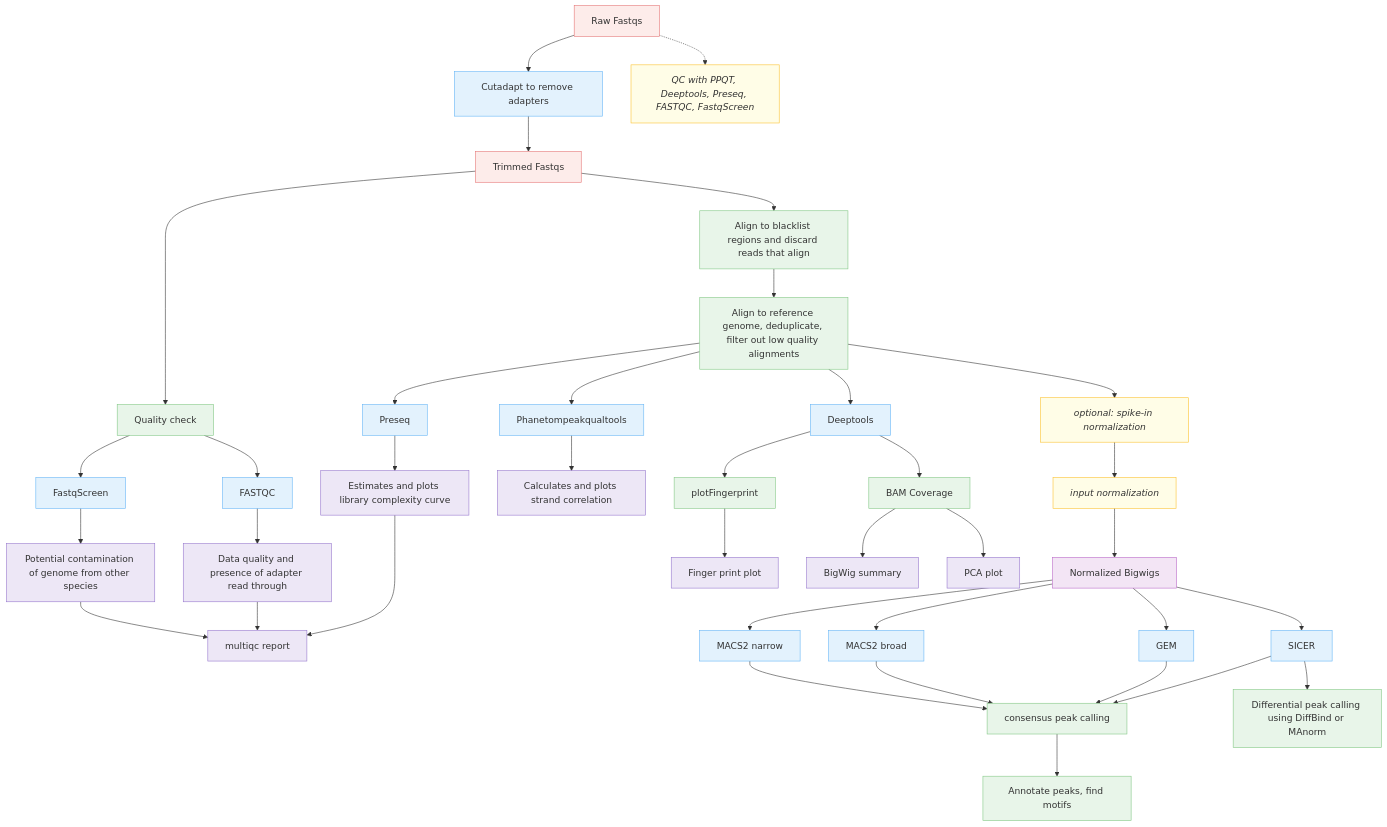
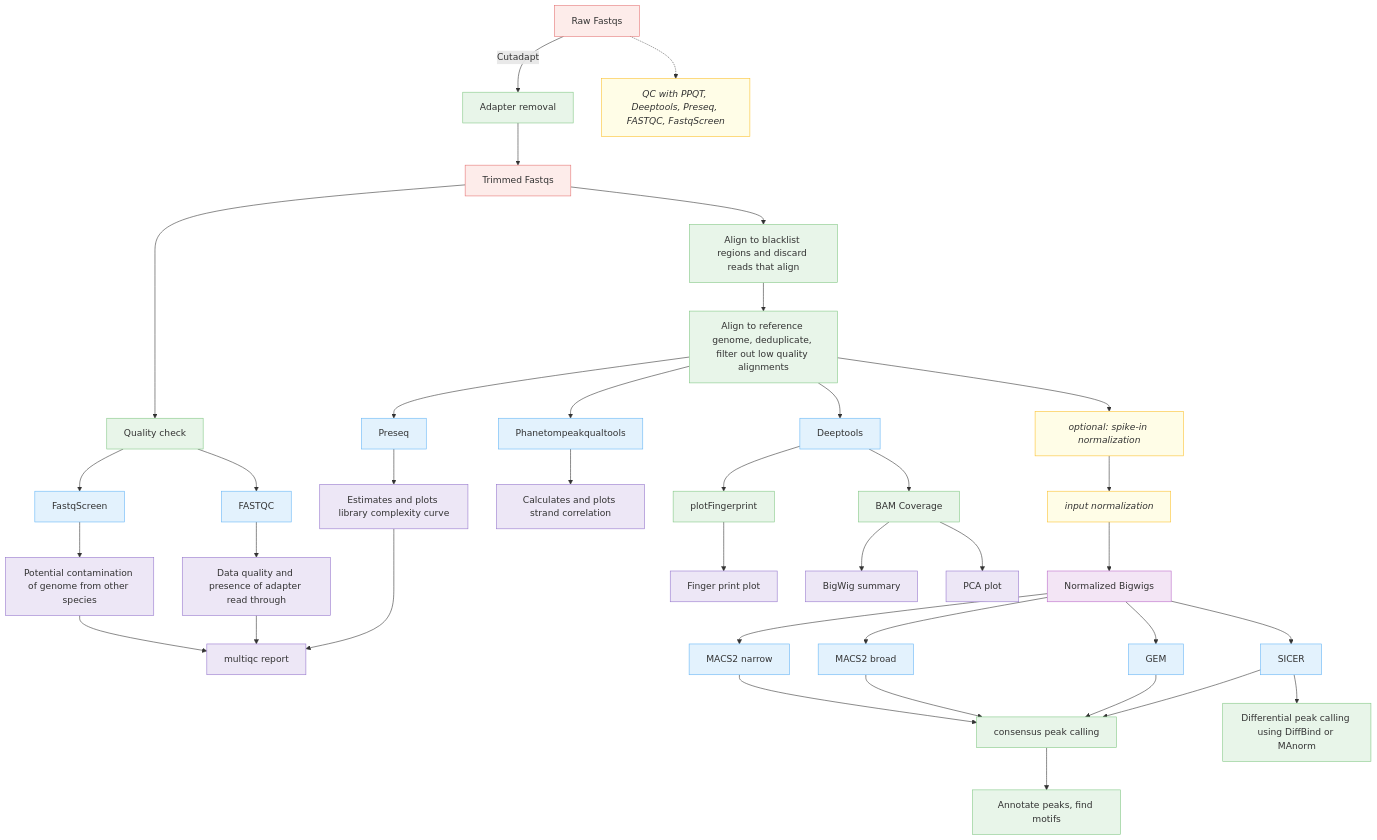
The first of 2 diagrams in docs/diagram/index.md (CCBR/CHAMPAGNE), drawn with Mermaid before and after one commit.

Commit message:
Added tool to the edges.

````diff
--- a/docs/diagram/index.md
+++ b/docs/diagram/index.md
@@ -3,81 +3,81 @@
 ```mermaid
 
 flowchart TB
 
   %% Input
   %%Raw["Raw Fastqs"]:::input -->|Adapter trimming| Trimmed["Trimmed Fastqs"]:::input
-  Raw["Raw Fastqs"]:::input --> Cleanup["Cutadapt to remove adapters"]:::tool
-  Cleanup --> Trimmed["Trimmed Fastqs"]:::input
+  Raw["Raw Fastqs"]:::input -->  |Cutadapt| Trimming["Adapter removal"]:::process
+  Trimming --> Trimmed["Trimmed Fastqs"]:::input
   %%Adapter trimming --> Trimmed["Trimmed Fastqs"]:::input
   Raw -.-> QCnote["QC with PPQT, Deeptools, Preseq, FASTQC, FastqScreen"]:::note
   %%Trimmed --> Cutadapt["cutadapt"]:::process
   %%Cutadapt --> Trimmed
 
   %% Quality Control
   Trimmed --> QC["Quality check"]:::process
   QC --> FastqScreen["FastqScreen"]:::tool
   MultiQC["multiqc report"]:::output
   FastqScreen --> Contaminants["Potential contamination of genome from other species"]:::output
   Contaminants --> MultiQC
   QC --> FASTQC["FASTQC"]:::tool
   FASTQC --> QC_results["Data quality and presence of adapter read through"]:::output
   QC_results --> MultiQC
   %%QC --> Phantom["Phantompeakqualtools"]:::tool
   %%QC --> Deeptools["Deeptools"]:::tool
 
   %% Blacklist filtering
   Trimmed --> Blacklist["Align to blacklist regions and discard reads that align"]:::process
 
   %% Preseq and alignment
   %%Align["Align to reference genome, deduplicate, filter out low quality alignments"]:::process --> Preseq["Preseq"]:::tool
   Blacklist --> Align["Align to reference genome, deduplicate, filter out low quality alignments"]:::process
   Align --> Preseq["Preseq"]:::tool
   Preseq --> Cc["Estimates and plots library complexity curve"]:::output
   Cc ---> MultiQC
 
   %% Phantompeakqualtools and alignment
   Align --> Ppqt["Phanetompeakqualtools"]:::tool
   Ppqt --> Scc["Calculates and plots strand correlation"]:::output
 
   %% Spike-in normalization (optional)
   Align --> Spike["optional: spike-in normalization"]:::note
   Spike --> InputNorm["input normalization"]:::note
   InputNorm --> NormBigwigs["Normalized Bigwigs"]:::data
 
   %% Deeptools steps
   Align --> Deeptools2["Deeptools"]:::tool
   %%Deeptools2 --> Matrix["Compute matrix"]:::process
   Deeptools2 --> BAMcov["BAM Coverage"]:::process
   Deeptools2 --> Fingerprint["plotFingerprint"]:::process
   Fingerprint --> Fingerprintplot["Finger print plot"]:::output
 
   %%Matrix --> Heatmap["TSS profile plot and heatmap"]:::output
   BAMcov --> Bigwig["BigWig summary"]:::output
   BAMcov --> PCA["PCA plot"]:::output
   %%Matrix --> Correlation["Plot sample correlation"]:::output
 
   %% Peak calling
   NormBigwigs --> MACS2narrow["MACS2 narrow"]:::tool
   NormBigwigs --> MACS2broad["MACS2 broad"]:::tool
   NormBigwigs --> SICER["SICER"]:::tool
   NormBigwigs --> GEM["GEM"]:::tool
   
   MACS2narrow --> Consensus["consensus peak calling"]:::process
   MACS2broad --> Consensus
   GEM --> Consensus
   SICER --> Consensus
  
   SICER --> Diffbind["Differential peak calling using DiffBind or MAnorm"]:::process
 
   Consensus --> Annotate["Annotate peaks, find motifs"]:::process
   %%Annotate --> MultiQC["multiqc report"]:::output
   %%Diffbind --> MultiQC
 
   %% Styles
   classDef input fill:#fdecea,stroke:#e57373,stroke-width:1px;
   classDef process fill:#e8f5e9,stroke:#81c784,stroke-width:1px;
   classDef tool fill:#e3f2fd,stroke:#64b5f6,stroke-width:1px;
   classDef note fill:#fffde7,stroke:#fbc02d,stroke-width:1px,font-style:italic;
   classDef output fill:#ede7f6,stroke:#9575cd,stroke-width:1px;
   classDef data fill:#f3e5f5,stroke:#ba68c8,stroke-width:1px;
 ```
````
